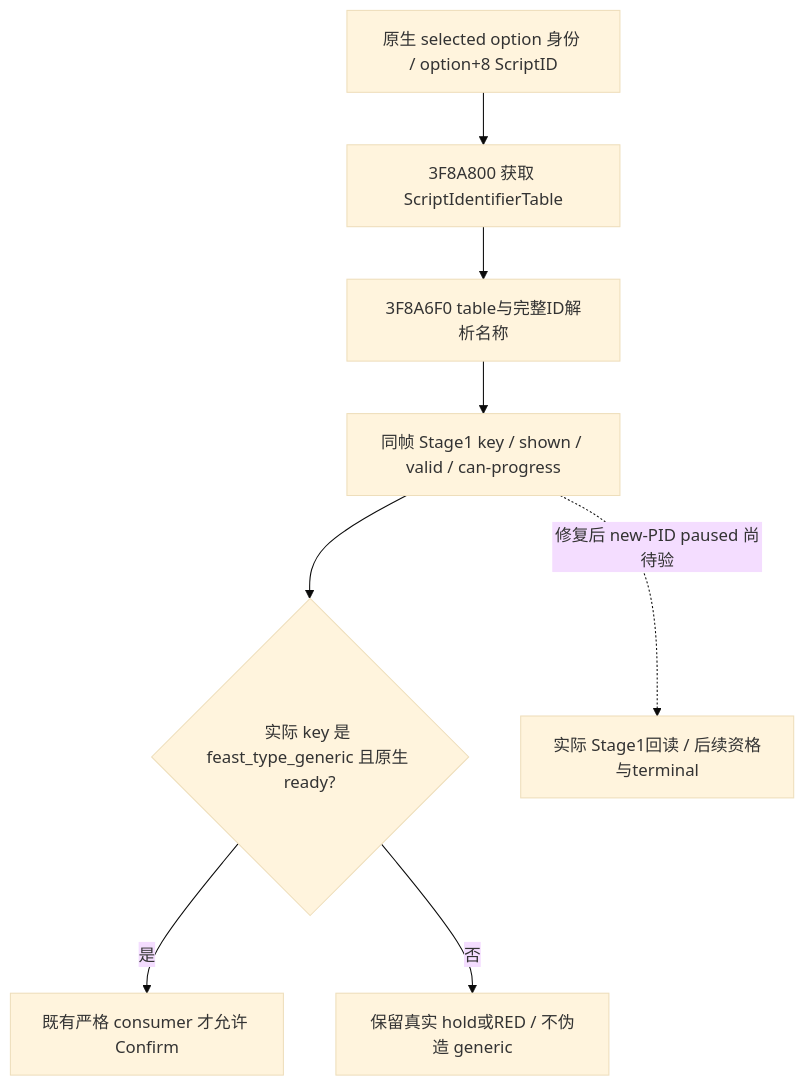
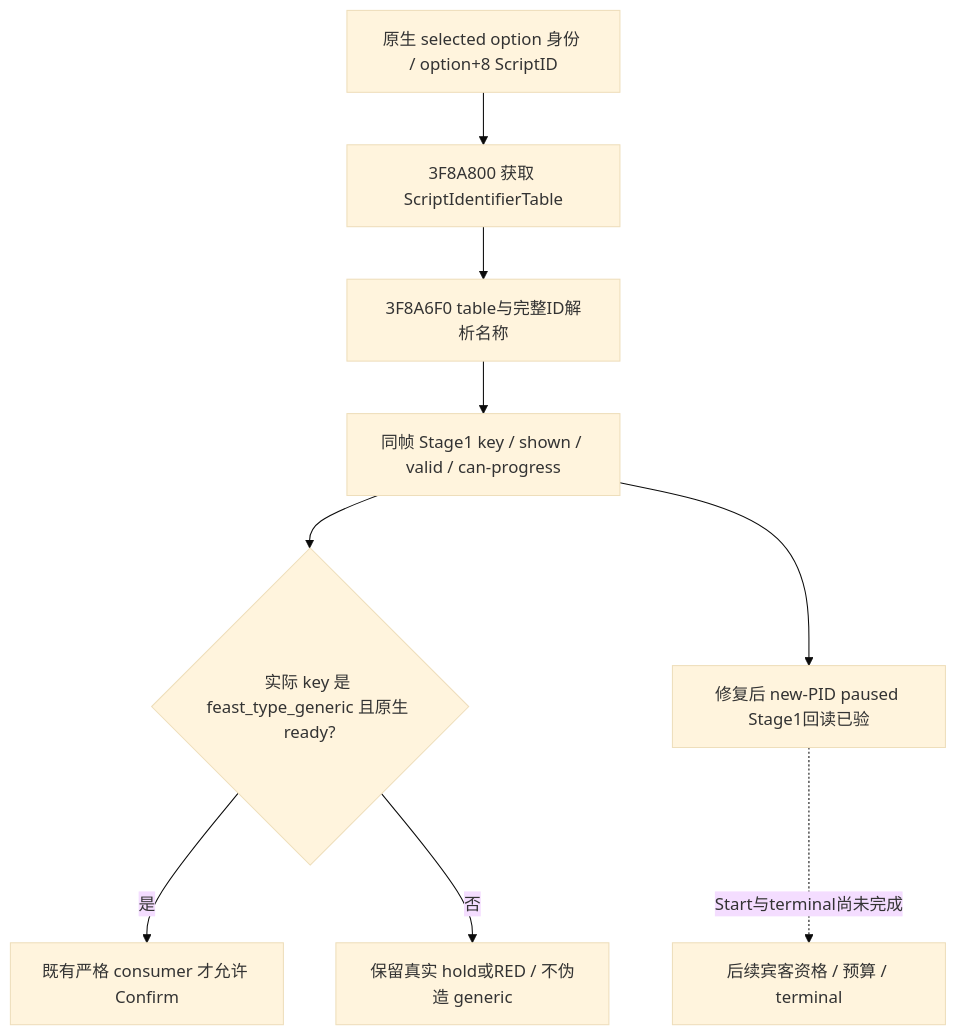
One commit to XenoAmess/ck3_eternal_recurrence changed the first of 2 diagrams in docs/ck3-native-ai/ck3-1.20.0.2-feast-router.md. Above: the diagram before and after it, drawn with Mermaid (base theme). The commit also changed other lines of this file and 15 other files, not shown here.

````diff
--- a/docs/ck3-native-ai/ck3-1.20.0.2-feast-router.md
+++ b/docs/ck3-native-ai/ck3-1.20.0.2-feast-router.md
@@ -64,10 +65,11 @@
 ```mermaid
 flowchart TD
     O[原生 selected option 身份 / option+8 ScriptID] --> T[3F8A800 获取 ScriptIdentifierTable]
     T --> N[3F8A6F0 table与完整ID解析名称]
     N --> R[同帧 Stage1 key / shown / valid / can-progress]
     R --> G{实际 key 是 feast_type_generic 且原生 ready?}
     G -->|是| C[既有严格 consumer 才允许 Confirm]
     G -->|否| H[保留真实 hold或RED / 不伪造 generic]
-    R -. 修复后 new-PID paused 尚待验 .-> L[实际 Stage1回读 / 后续资格与terminal]
+    R --> L[修复后 new-PID paused Stage1回读已验]
+    L -. Start与terminal尚未完成 .-> U[后续宾客资格 / 预算 / terminal]
 ```
````
